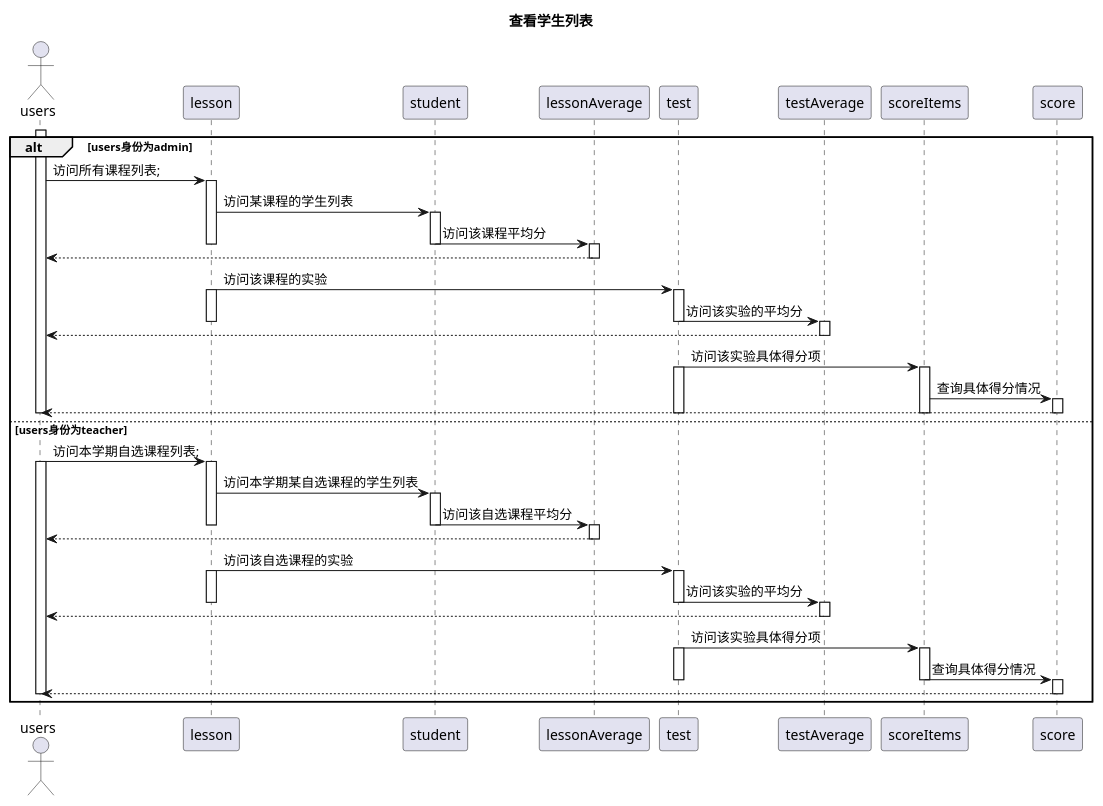
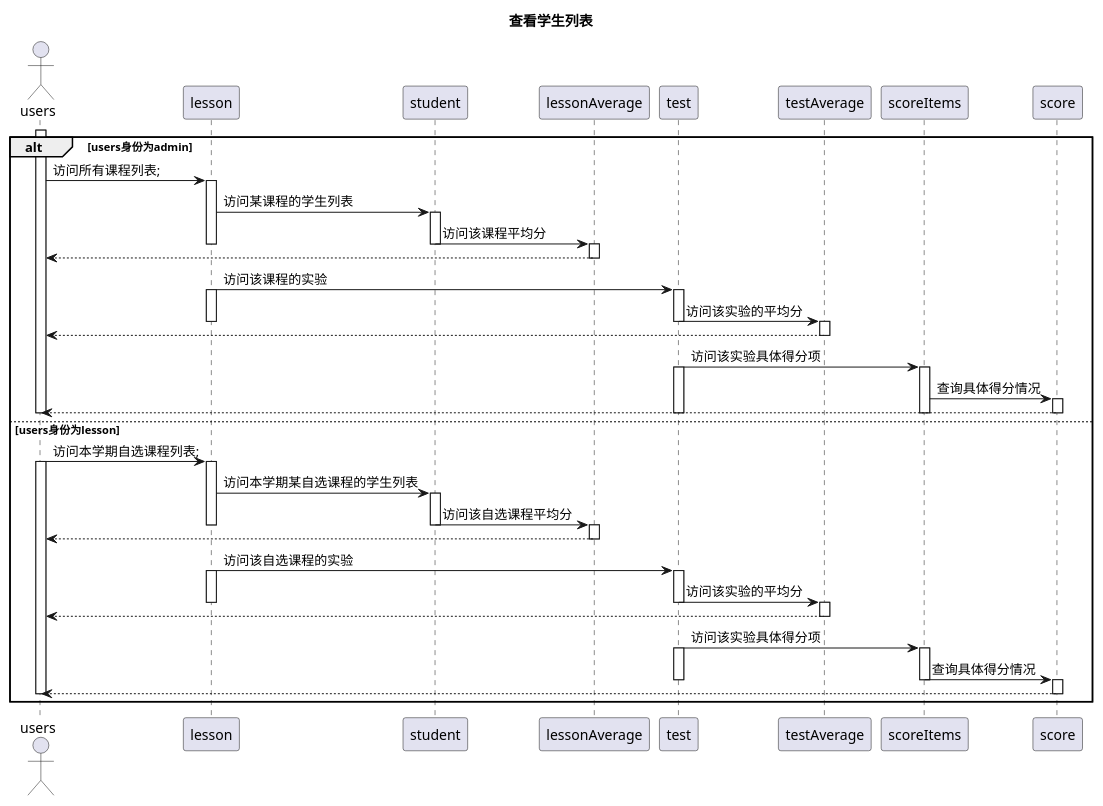
Before and after one commit to mzy1997/is_analysis: the diagram in test6/src/studentList.puml, drawn with PlantUML. The commit also changed 35 other files, not shown here.

```diff
--- a/test6/src/studentList.puml
+++ b/test6/src/studentList.puml
@@ -1,77 +1,77 @@
 @startuml
 title 查看学生列表
 actor users
 participant lesson
 participant student
 participant lessonAverage
 participant test
 participant testAverage
 participant scoreItems
 participant score
 
 
 alt users身份为admin
     activate users
     users -> lesson:访问所有课程列表;
     activate lesson
     lesson -> student:访问某课程的学生列表
     activate student
     student -> lessonAverage:访问该课程平均分
     deactivate student
     deactivate lesson
     activate lessonAverage
     lessonAverage -->users
     deactivate lessonAverage
     lesson -> test:访问该课程的实验
     activate lesson
     activate test
     test -> testAverage:访问该实验的平均分
     deactivate lesson
     deactivate test
     activate testAverage
     testAverage --> users
     deactivate testAverage
     test ->scoreItems:访问该实验具体得分项
     activate test
     activate scoreItems
     scoreItems -> score:查询具体得分情况
     activate score
     score --> users
     deactivate test
     deactivate scoreItems
     deactivate score
     deactivate users
 
-else users身份为teacher
+else users身份为lesson
     users -> lesson:访问本学期自选课程列表;
     activate users
     activate lesson
     lesson -> student:访问本学期某自选课程的学生列表
     activate student
     student -> lessonAverage:访问该自选课程平均分
     deactivate student
     deactivate lesson
     activate lessonAverage
     lessonAverage -->users
     deactivate lessonAverage
     lesson -> test:访问该自选课程的实验
     activate lesson
     activate test
     test -> testAverage:访问该实验的平均分
     deactivate lesson
     deactivate test
     activate testAverage
     testAverage --> users
     deactivate testAverage
     test ->scoreItems:访问该实验具体得分项
     activate test
     activate scoreItems
     scoreItems -> score:查询具体得分情况
     deactivate test
     activate score
     deactivate scoreItems
     score --> users
     deactivate score
     deactivate users
     end
 @enduml
```
